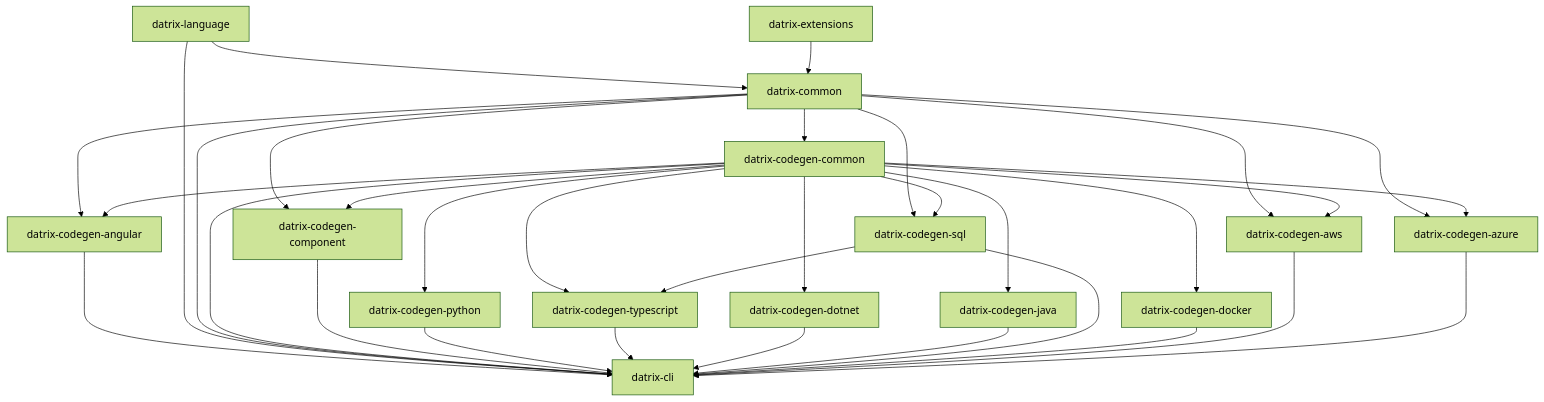
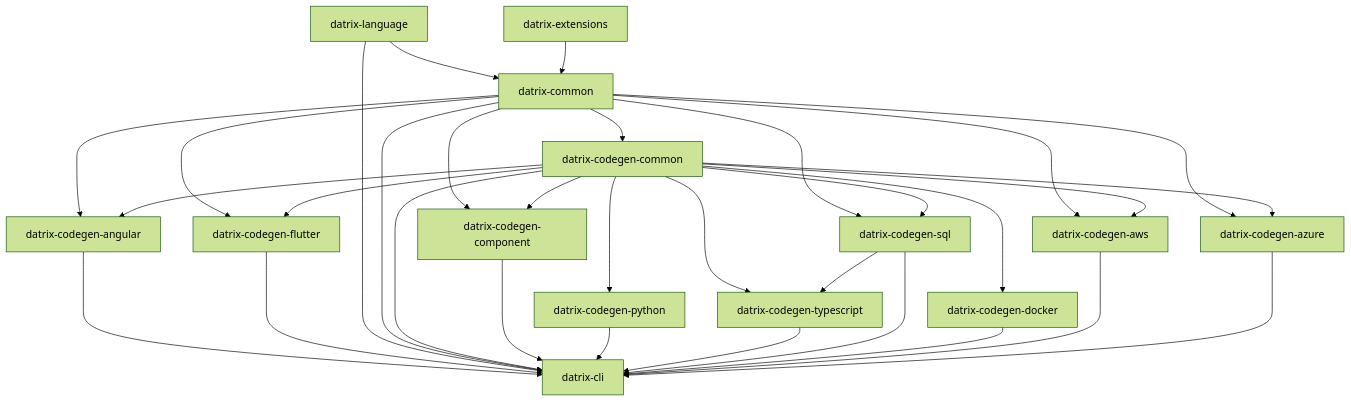
The diagram in docs/architecture/architecture-overview.md (keturk/datrix), drawn with Mermaid (forest theme) before and after one commit. The commit also changed other lines of this file and 104 other files, not shown here.

First line of the commit message:
Datrix removes .NET/Java code generation and consolidates test-tooling scripts and gate configs

````diff
--- a/docs/architecture/architecture-overview.md
+++ b/docs/architecture/architecture-overview.md
@@ -68,36 +68,35 @@
 ```mermaid
 graph TD
  A[datrix-common]
  B[datrix-language] --> A
  L[datrix-extensions] --> A
  A --> CC[datrix-codegen-component]
  A --> CGC[datrix-codegen-common]
  CGC --> CC
  CGC --> D[datrix-codegen-python]
  CGC --> E[datrix-codegen-typescript]
- CGC --> M[datrix-codegen-dotnet]
- CGC --> N[datrix-codegen-java]
  A --> F[datrix-codegen-sql]
  CGC --> F
  F --> E
  CGC --> G[datrix-codegen-docker]
  A --> ANG[datrix-codegen-angular]
  CGC --> ANG
  ANG --> K
+ A --> FL[datrix-codegen-flutter]
+ CGC --> FL
+ FL --> K
  A --> I[datrix-codegen-aws]
  CGC --> I
  A --> J[datrix-codegen-azure]
  CGC --> J
  B --> K[datrix-cli]
  A --> K
  CGC --> K
  CC --> K
  D --> K
  E --> K
- M --> K
- N --> K
  F --> K
  G --> K
  I --> K
  J --> K
 ```
````
